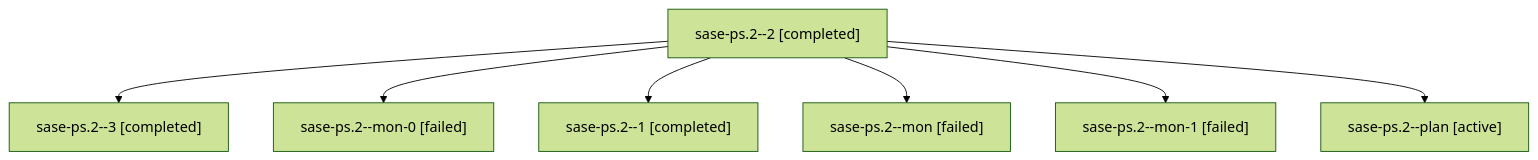
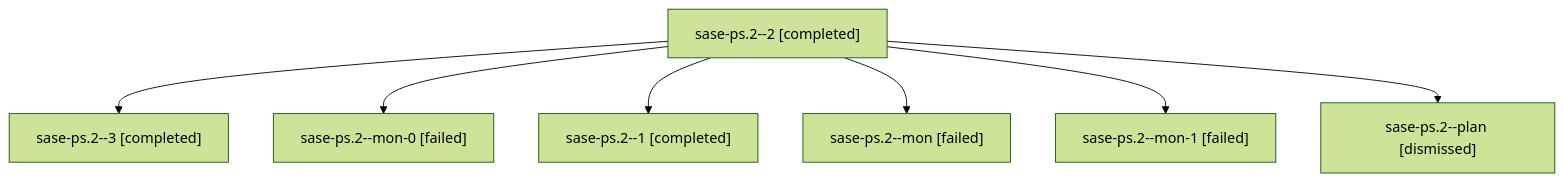
The diagram in sessions/bbugyi200.athena.sase-ps.2.md (sase-org/sase--agents), drawn with Mermaid (forest theme) before and after one commit. The commit also changed other lines of this file and 133 other files, not shown here.

````diff
--- a/sessions/bbugyi200.athena.sase-ps.2.md
+++ b/sessions/bbugyi200.athena.sase-ps.2.md
@@ -9,16 +9,16 @@
 ```mermaid
 flowchart TD
   n0["sase-ps.2--2 [completed]"]
   n1["sase-ps.2--3 [completed]"]
   n0 --> n1
   n2["sase-ps.2--mon-0 [failed]"]
   n0 --> n2
   n3["sase-ps.2--1 [completed]"]
   n0 --> n3
   n4["sase-ps.2--mon [failed]"]
   n0 --> n4
   n5["sase-ps.2--mon-1 [failed]"]
   n0 --> n5
-  n6["sase-ps.2--plan [active]"]
+  n6["sase-ps.2--plan [dismissed]"]
   n0 --> n6
 ```
````
